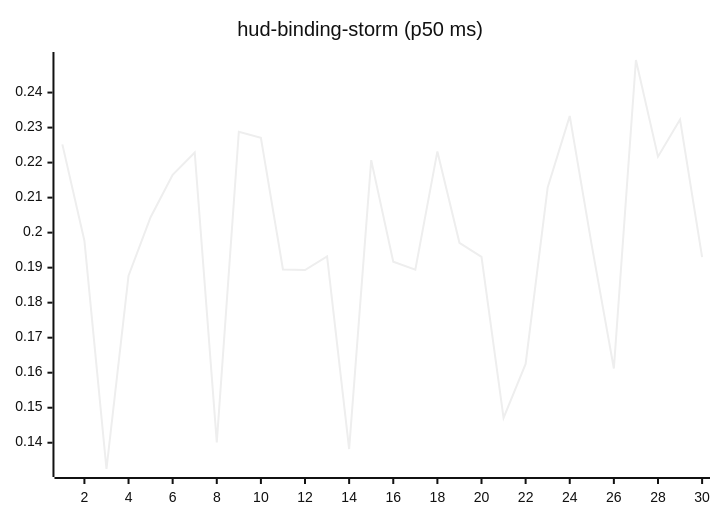
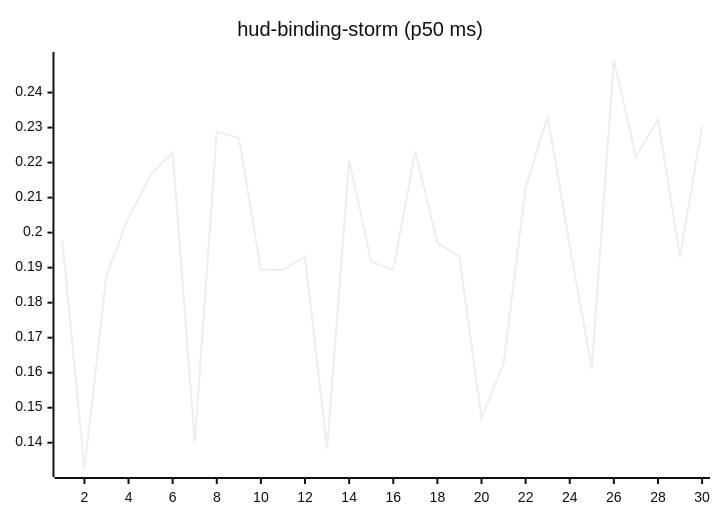
One commit to josha/Facet changed the tenth of 27 diagrams in README.md. Above: the diagram before and after it, drawn with Mermaid (neutral theme). The commit also changed other lines of this file and 2 other files, not shown here.

````diff
--- a/README.md
+++ b/README.md
@@ -126,6 +126,6 @@
 ```mermaid
 xychart-beta
     title "hud-binding-storm (p50 ms)"
     x-axis 1 --> 30
-    line [0.2252, 0.1977, 0.1325, 0.1877, 0.2044, 0.2165, 0.2229, 0.1401, 0.2288, 0.2271, 0.1895, 0.1893, 0.1932, 0.1382, 0.2207, 0.1917, 0.1894, 0.2232, 0.1971, 0.1931, 0.1471, 0.1625, 0.2129, 0.2333, 0.1963, 0.1612, 0.2493, 0.2217, 0.2323, 0.1930]
+    line [0.1977, 0.1325, 0.1877, 0.2044, 0.2165, 0.2229, 0.1401, 0.2288, 0.2271, 0.1895, 0.1893, 0.1932, 0.1382, 0.2207, 0.1917, 0.1894, 0.2232, 0.1971, 0.1931, 0.1471, 0.1625, 0.2129, 0.2333, 0.1963, 0.1612, 0.2493, 0.2217, 0.2323, 0.1930, 0.2305]
 ```
````
